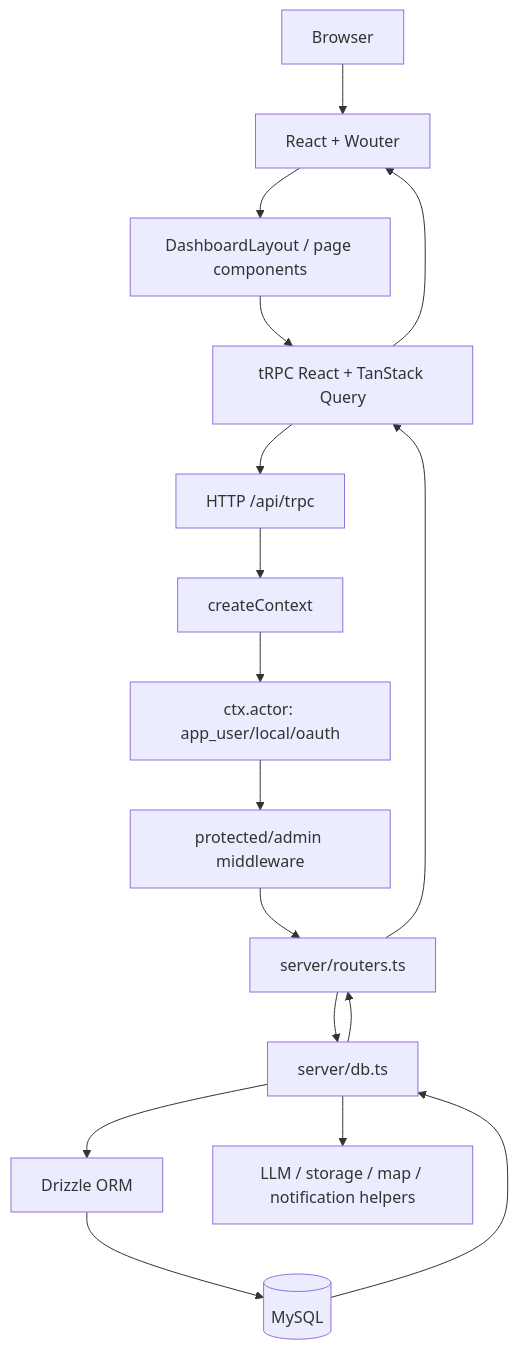
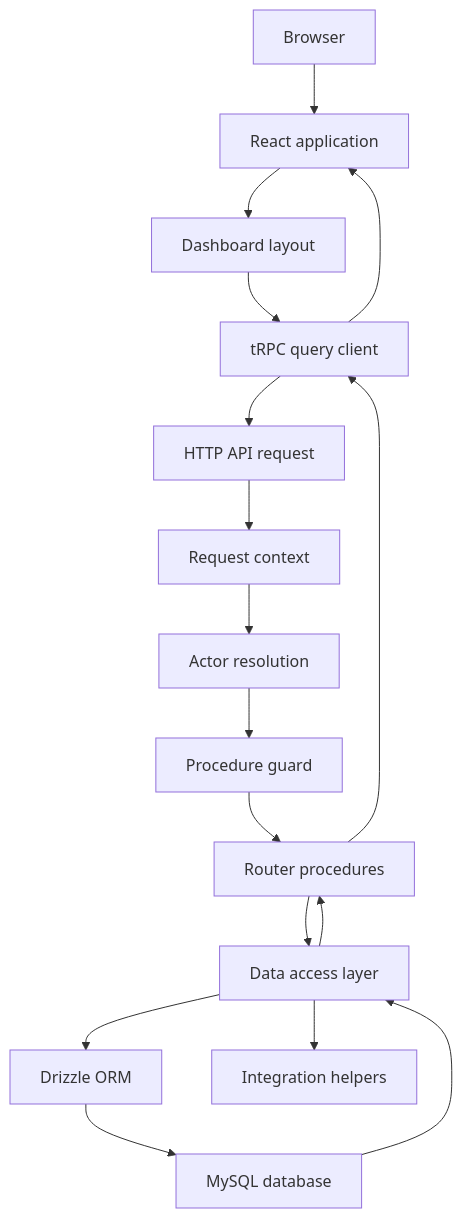
One commit to ProGroup1040/sales-team-platform changed the first of 9 diagrams in docs/reverse_engineering.md. Above: the diagram before and after it, drawn with Mermaid. The commit also changed other lines of this file and 1 other file, not shown here.

Commit message:
Harden Mermaid diagrams for parser compatibility

````diff
--- a/docs/reverse_engineering.md
+++ b/docs/reverse_engineering.md
@@ -96,16 +96,16 @@
 ```mermaid
 flowchart TD
-    B[Browser] --> W[React + Wouter]
-    W --> L[DashboardLayout / page components]
-    L --> Q[tRPC React + TanStack Query]
-    Q --> H[HTTP /api/trpc]
-    H --> C[createContext]
-    C --> A[ctx.actor: app_user/local/oauth]
-    A --> G[protected/admin middleware]
-    G --> R[server/routers.ts]
-    R --> D[server/db.ts]
+    B[Browser] --> W[React application]
+    W --> L[Dashboard layout]
+    L --> Q[tRPC query client]
+    Q --> H[HTTP API request]
+    H --> C[Request context]
+    C --> A[Actor resolution]
+    A --> G[Procedure guard]
+    G --> R[Router procedures]
+    R --> D[Data access layer]
     D --> O[Drizzle ORM]
-    O --> M[(MySQL)]
-    D --> X[LLM / storage / map / notification helpers]
+    O --> M[MySQL database]
+    D --> X[Integration helpers]
     M --> D --> R --> Q --> W
 ```
````
